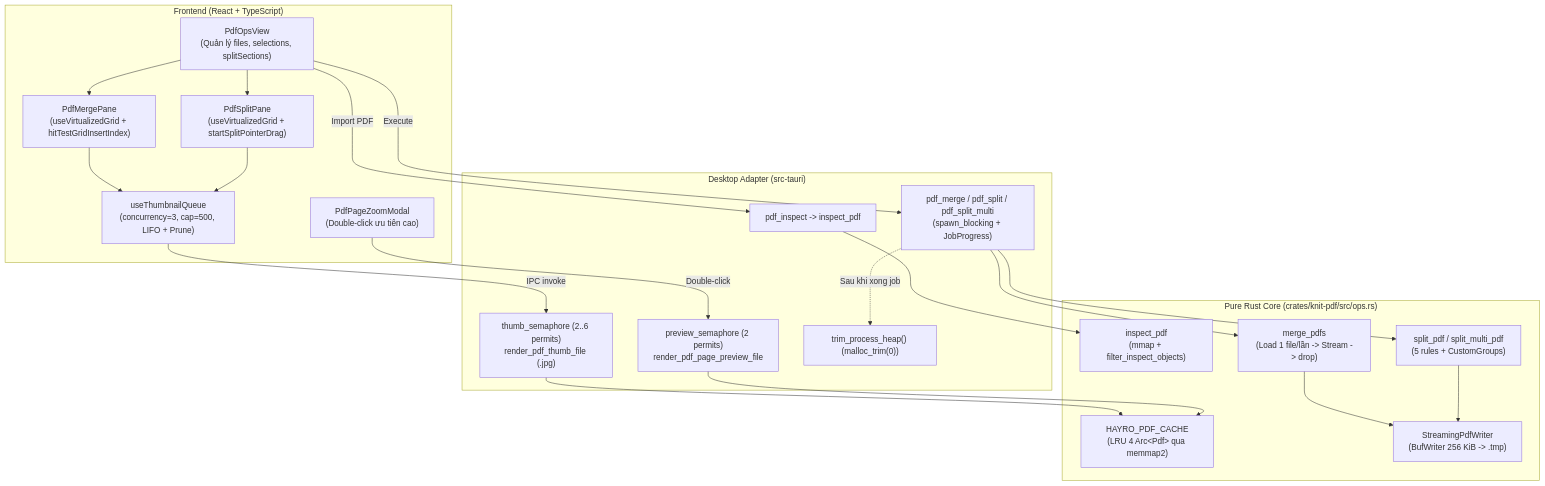
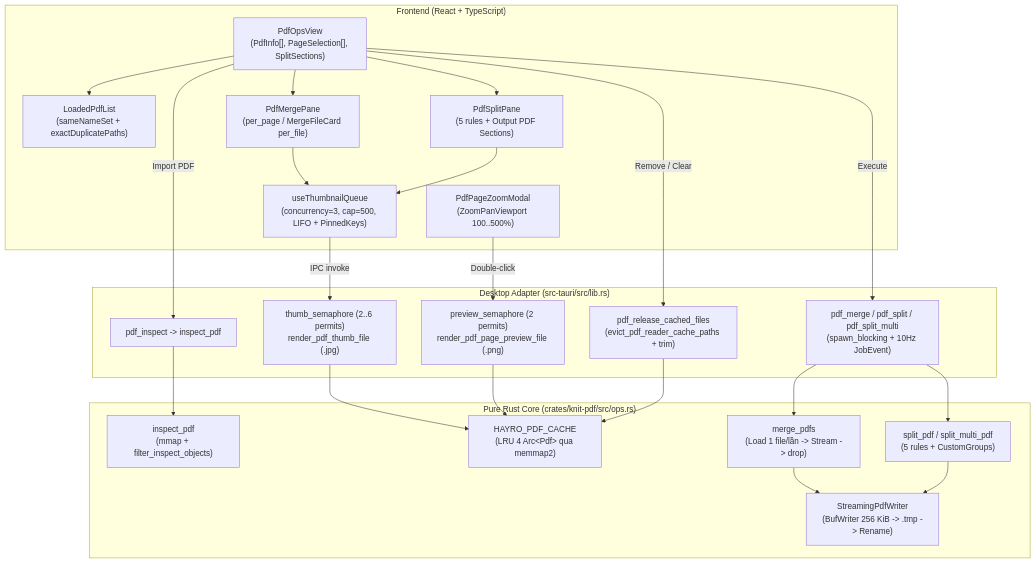
One commit to KozKhoa/Knit changed the first of 3 diagrams in docs/pdf-ops-architecture.md. Above: the diagram before and after it, drawn with Mermaid. The commit also changed other lines of this file and 5 other files, not shown here.

Commit message:
docs(pdf-ops): complete PDF Merge & Split docs, schema, diagrams, and tests

````diff
--- a/docs/pdf-ops-architecture.md
+++ b/docs/pdf-ops-architecture.md
@@ -9,37 +26,37 @@
 ```mermaid
 flowchart TD
     subgraph FE["Frontend (React + TypeScript)"]
-        View["PdfOpsView<br/>(Quản lý files, selections, splitSections)"]
-        MergeGrid["PdfMergePane<br/>(useVirtualizedGrid + hitTestGridInsertIndex)"]
-        SplitGrid["PdfSplitPane<br/>(useVirtualizedGrid + startSplitPointerDrag)"]
-        Q["useThumbnailQueue<br/>(concurrency=3, cap=500, LIFO + Prune)"]
-        Zoom["PdfPageZoomModal<br/>(Double-click ưu tiên cao)"]
+        View["PdfOpsView<br/>(PdfInfo[], PageSelection[], SplitSections)"]
+        List["LoadedPdfList<br/>(sameNameSet + exactDuplicatePaths)"]
+        MergeGrid["PdfMergePane<br/>(per_page / MergeFileCard per_file)"]
+        SplitGrid["PdfSplitPane<br/>(5 rules + Output PDF Sections)"]
+        Q["useThumbnailQueue<br/>(concurrency=3, cap=500, LIFO + PinnedKeys)"]
+        Zoom["PdfPageZoomModal<br/>(ZoomPanViewport 100..500%)"]
     end
 
-    subgraph IPC["Desktop Adapter (src-tauri)"]
+    subgraph IPC["Desktop Adapter (src-tauri/src/lib.rs)"]
         InspectCmd["pdf_inspect -> inspect_pdf"]
-        ThumbSem["thumb_semaphore (2..6 permits)<br/>render_pdf_thumb_file (.jpg)"]
-        PrevSem["preview_semaphore (2 permits)<br/>render_pdf_page_preview_file"]
-        MergeSplitCmd["pdf_merge / pdf_split / pdf_split_multi<br/>(spawn_blocking + JobProgress)"]
-        Trim["trim_process_heap() (malloc_trim(0))"]
+        TSem["thumb_semaphore (2..6 permits)<br/>render_pdf_thumb_file (.jpg)"]
+        PrevSem["preview_semaphore (2 permits)<br/>render_pdf_page_preview_file (.png)"]
+        MergeSplitCmd["pdf_merge / pdf_split / pdf_split_multi<br/>(spawn_blocking + 10Hz JobEvent)"]
+        EvictCmd["pdf_release_cached_files<br/>(evict_pdf_reader_cache_paths + trim)"]
     end
 
     subgraph Core["Pure Rust Core (crates/knit-pdf/src/ops.rs)"]
         Filter["inspect_pdf<br/>(mmap + filter_inspect_objects)"]
         HayroCache["HAYRO_PDF_CACHE<br/>(LRU 4 Arc&lt;Pdf&gt; qua memmap2)"]
         Merge["merge_pdfs<br/>(Load 1 file/lần -> Stream -> drop)"]
         Split["split_pdf / split_multi_pdf<br/>(5 rules + CustomGroups)"]
-        Writer["StreamingPdfWriter<br/>(BufWriter 256 KiB -> .tmp)"]
+        Writer["StreamingPdfWriter<br/>(BufWriter 256 KiB -> .tmp -> Rename)"]
     end
 
-    View --> MergeGrid & SplitGrid
+    View --> List & MergeGrid & SplitGrid
     MergeGrid & SplitGrid --> Q
-    Q -->|"IPC invoke"| ThumbSem
+    Q -->|"IPC invoke"| TSem
     Zoom -->|"Double-click"| PrevSem
-    ThumbSem & PrevSem --> HayroCache
+    TSem & PrevSem --> HayroCache
     View -->|"Import PDF"| InspectCmd --> Filter
-    View -->|"Execute"| MergeSplitCmd
-    MergeSplitCmd --> Merge & Split
+    View -->|"Execute"| MergeSplitCmd --> Merge & Split
     Merge & Split --> Writer
-    MergeSplitCmd -.->|"Sau khi xong job"| Trim
+    View -->|"Remove / Clear"| EvictCmd --> HayroCache
 ```
````
